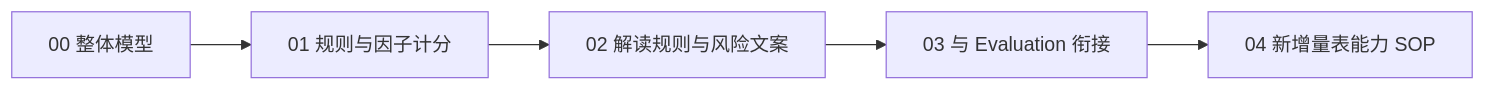
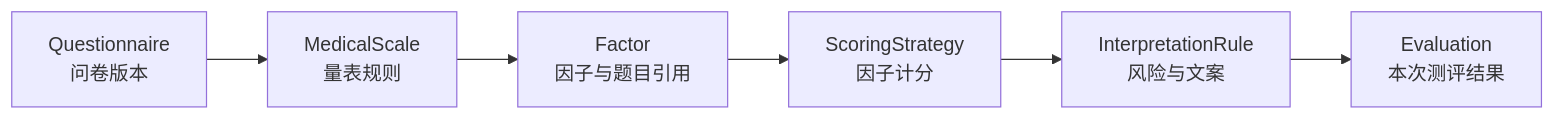
Before and after one commit to FangcunMount/qs-server: the first of 2 diagrams in docs/02-业务模块/scale/README.md, drawn with Mermaid. The commit also changed other lines of this file and 5 other files, not shown here.

````diff
--- a/docs/02-业务模块/scale/README.md
+++ b/docs/02-业务模块/scale/README.md
@@ -17,7 +199,8 @@
 ```mermaid
 flowchart LR
-    model["00 整体模型"] --> scoring["01 规则与因子计分"]
-    scoring --> interpretation["02 解读规则与风险文案"]
-    interpretation --> evaluation["03 与 Evaluation 衔接"]
-    evaluation --> sop["04 新增量表能力 SOP"]
+    qnr["Questionnaire<br/>问卷版本"] --> scale["MedicalScale<br/>量表规则"]
+    scale --> factor["Factor<br/>因子与题目引用"]
+    factor --> scoring["ScoringStrategy<br/>因子计分"]
+    scoring --> rule["InterpretationRule<br/>风险与文案"]
+    rule --> eval["Evaluation<br/>本次测评结果"]
 ```
````
